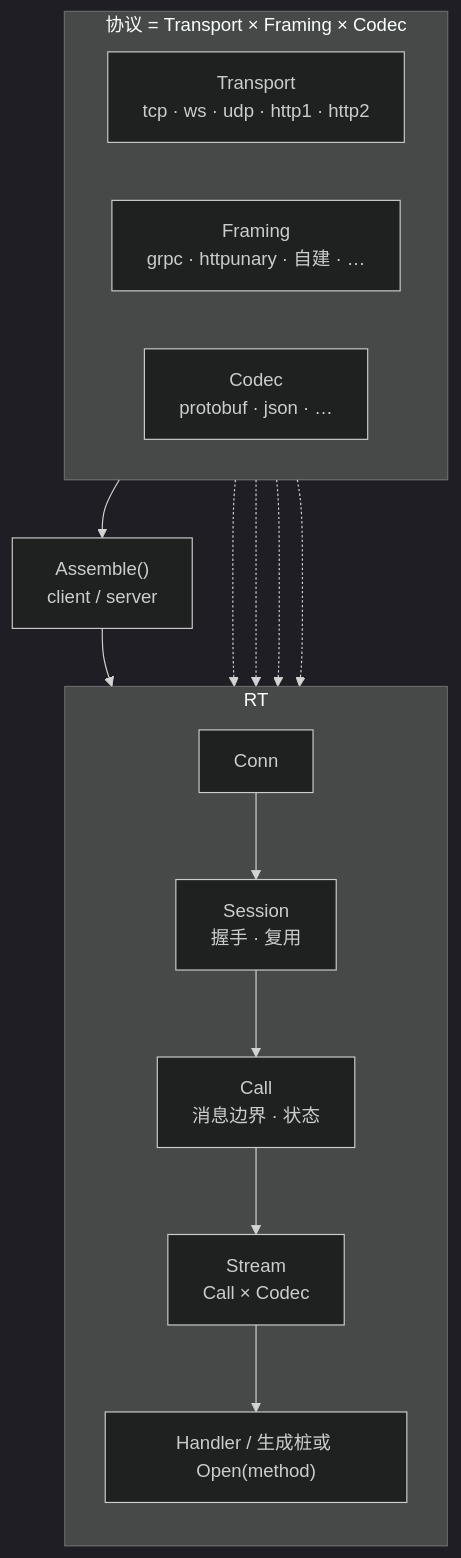
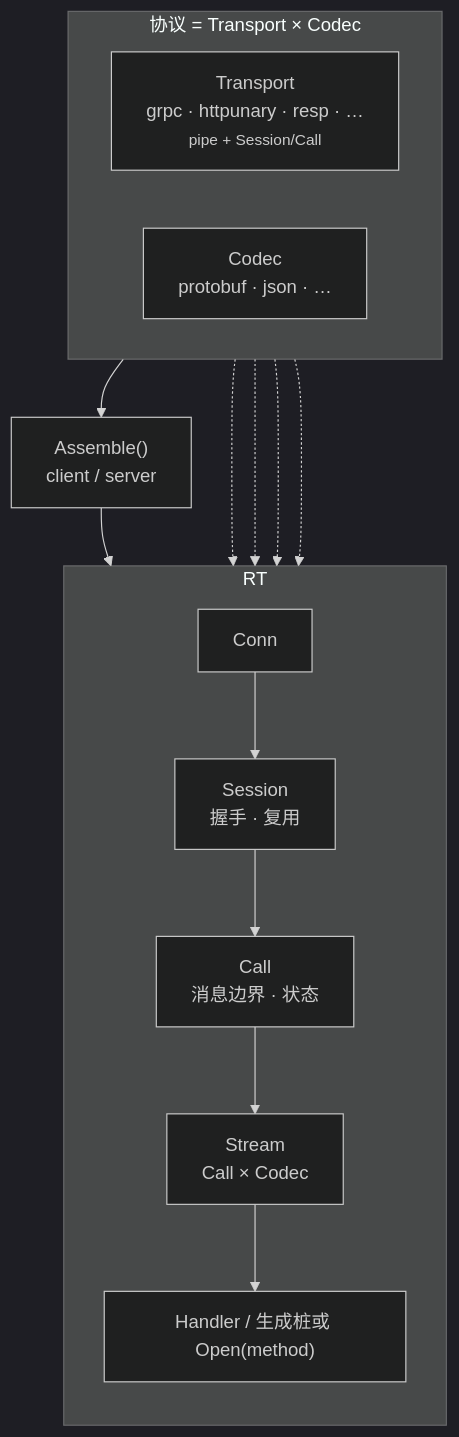
One commit to argos-io/argos changed the diagram in README.md. Above: the diagram before and after it, drawn with Mermaid (dark theme). The commit also changed other lines of this file and 21 other files, not shown here.

First line of the commit message:
Align docs and comments with Transport × Codec and axis-internal session.

````diff
--- a/README.md
+++ b/README.md
@@ -15,27 +15,26 @@
 ```mermaid
 flowchart TB
-  subgraph axes["协议 = Transport × Framing × Codec"]
+  subgraph axes["协议 = Transport × Codec"]
     direction LR
-    T["Transport<br/>tcp · ws · udp · http1 · http2"]
-    F["Framing<br/>grpc · httpunary · 自建 · …"]
+    T["Transport<br/>grpc · httpunary · resp · …<br/><small>pipe + Session/Call</small>"]
     K["Codec<br/>protobuf · json · …"]
   end
 
   axes --> ASM["Assemble()<br/>client / server"]
   ASM --> RT["运行时路径（每条连接）"]
 
   subgraph RT
     direction TB
     CN["Conn"]
     SE["Session<br/>握手 · 复用"]
     CA["Call<br/>消息边界 · 状态"]
     ST["Stream<br/>Call × Codec"]
     APP["Handler / 生成桩或 Open(method)"]
     CN --> SE --> CA --> ST --> APP
   end
 
   T -.-> CN
-  F -.-> SE
-  F -.-> CA
+  T -.-> SE
+  T -.-> CA
   K -.-> ST
 ```
````
